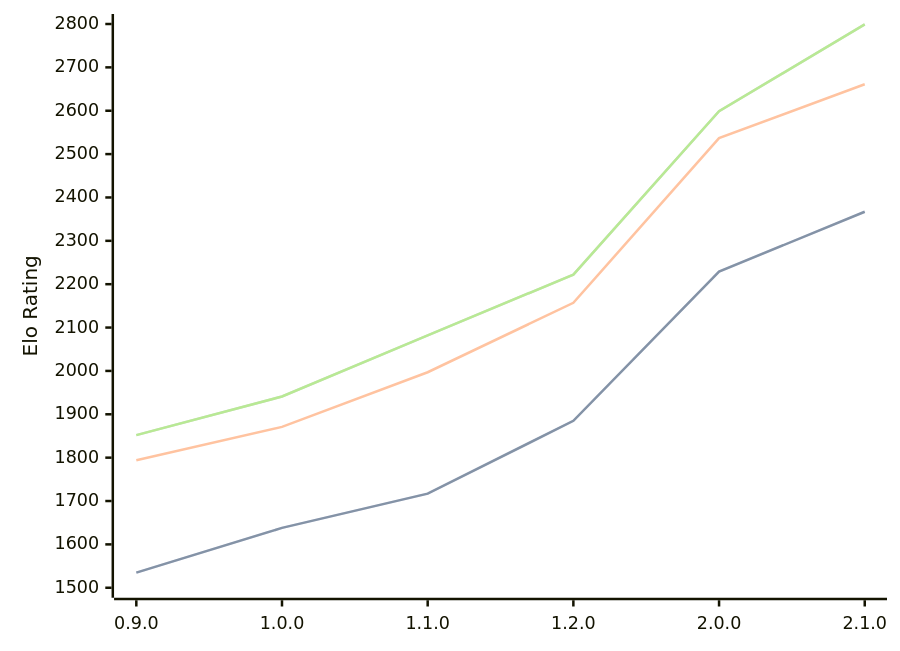
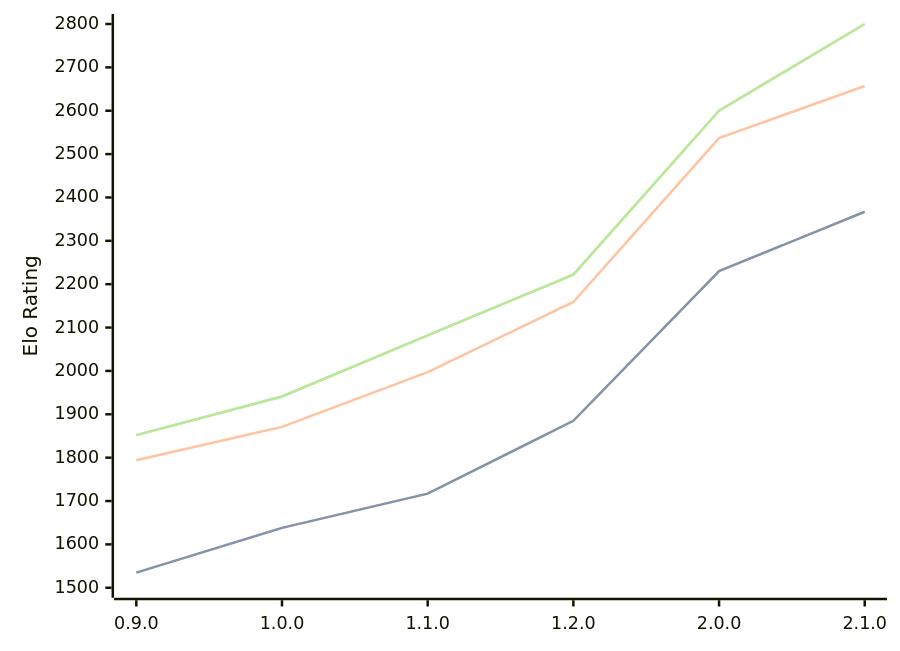
One commit to computer-chess-index/cci changed the diagram in engines/Ratsu.md. Above: the diagram before and after it, drawn with Mermaid. The commit also changed other lines of this file, not shown here.

Commit message:
Update CCI Ratings (ELO VLTC) - 2026-07-20

````diff
--- a/engines/Ratsu.md
+++ b/engines/Ratsu.md
@@ -36,11 +36,11 @@
 ```mermaid
 %%{init: {"theme":"base","themeVariables":{"seriesColors:['#a3a3a3','#222221','#faa371']}}}%%
 xychart-beta
   x-axis ["0.9.0", "1.0.0", "1.1.0", "1.2.0", "2.0.0", "2.1.0"]
   y-axis "Elo Rating" 1500 --> 2800
-  line "STC (8.0+0.08s)" [1535, 1638, 1717, 1885, 2229, 2367]
-  line "STC (8.0+0.08s)" [1535, 1638, 1717, 1885, 2229, 2367]
-  line "LTC (60.0+0.60s)" [1794, 1871, 1997, 2157, 2537, 2661]
-  line "VLTC (2m24s+1.12s)" [1852, 1941, 2082, 2222, 2599, 2799]
-  line "VLTC (2m24s+1.12s)" [1852, 1941, 2082, 2222, 2599, 2799]
+  line "STC (8.0+0.08s)" [1535, 1638, 1717, 1885, 2230, 2367]
+  line "STC (8.0+0.08s)" [1535, 1638, 1717, 1885, 2230, 2367]
+  line "LTC (60.0+0.60s)" [1794, 1871, 1997, 2159, 2537, 2657]
+  line "VLTC (2m24s+1.12s)" [1852, 1941, 2082, 2222, 2600, 2800]
+  line "VLTC (2m24s+1.12s)" [1852, 1941, 2082, 2222, 2600, 2800]
 ```
````
